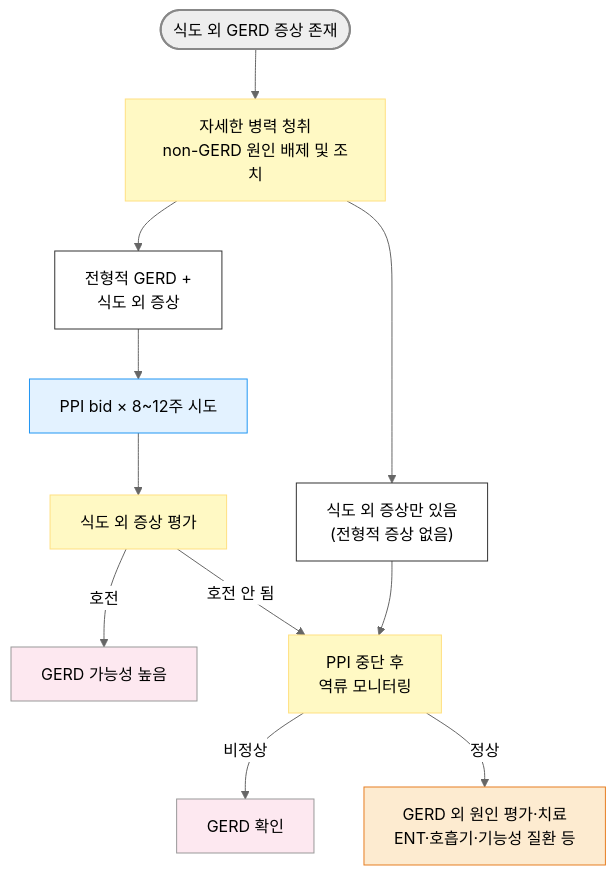
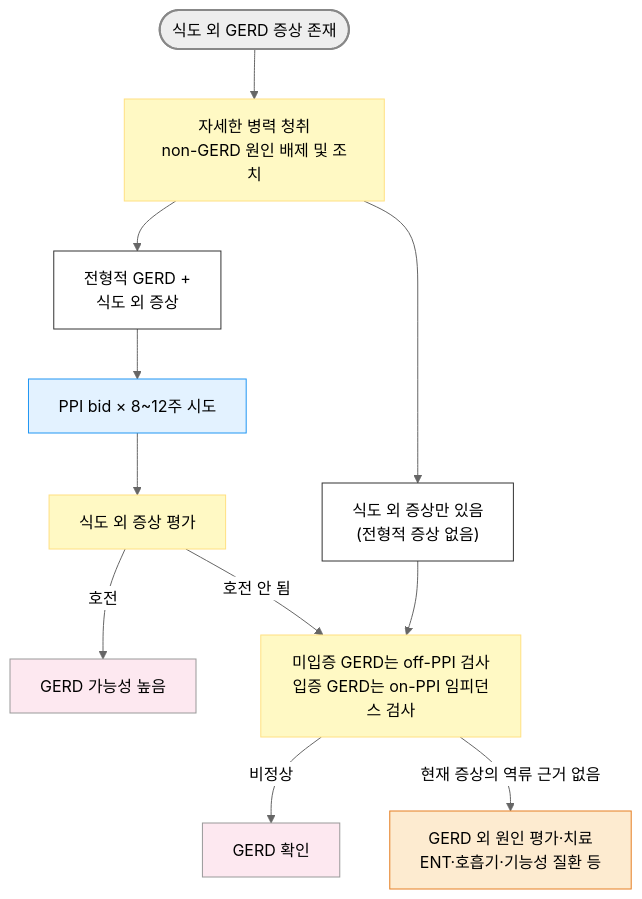
Before and after one commit to familyoh77/familyoh77: the second of 5 diagrams in 224_/081_-gerd.md, drawn with Mermaid (neutral theme). The commit also changed other lines of this file and 1 other file, not shown here.

````diff
--- a/224_/081_-gerd.md
+++ b/224_/081_-gerd.md
@@ -214,37 +220,37 @@
 ```mermaid
 graph TD
     Start(["식도 외 GERD 증상 존재"])
     History["자세한 병력 청취<br/>non-GERD 원인 배제 및 조치"]
     Typical["전형적 GERD +<br/>식도 외 증상"]
     Atypical["식도 외 증상만 있음<br/>(전형적 증상 없음)"]
     PPI_Trial["PPI bid × 8~12주 시도"]
     Symptoms_Check["식도 외 증상 평가"]
-    Monitoring["PPI 중단 후<br/>역류 모니터링"]
+    Monitoring["미입증 GERD는 off-PPI 검사<br/>입증 GERD는 on-PPI 임피던스 검사"]
     GERD_Confirm1["GERD 가능성 높음"]
     GERD_Confirm2["GERD 확인"]
     Other["GERD 외 원인 평가·치료<br/>ENT·호흡기·기능성 질환 등"]
 
     Start --> History
     History --> Typical
     History --> Atypical
     Typical --> PPI_Trial
     PPI_Trial --> Symptoms_Check
     Symptoms_Check -- "호전" --> GERD_Confirm1
     Symptoms_Check -- "호전 안 됨" --> Monitoring
     Atypical --> Monitoring
     Monitoring -- "비정상" --> GERD_Confirm2
-    Monitoring -- "정상" --> Other
+    Monitoring -- "현재 증상의 역류 근거 없음" --> Other
 
     style Start fill:#eeeeee,stroke:#888888,stroke-width:2px
     style History fill:#fff9c4,stroke:#ffe082
     classDef white fill:#fff,stroke:#333
 class Typical,Atypical white
     classDef sky fill:#e3f2ff,stroke:#2196f3
 class PPI_Trial sky
     classDef yellow fill:#fff9c4,stroke:#ffe082
 class Symptoms_Check,Monitoring yellow
     classDef pink fill:#fde8f0
 class GERD_Confirm1,GERD_Confirm2 pink
     classDef orange fill:#fdebd0,stroke:#e67e22
 class Other orange
 ```
````
